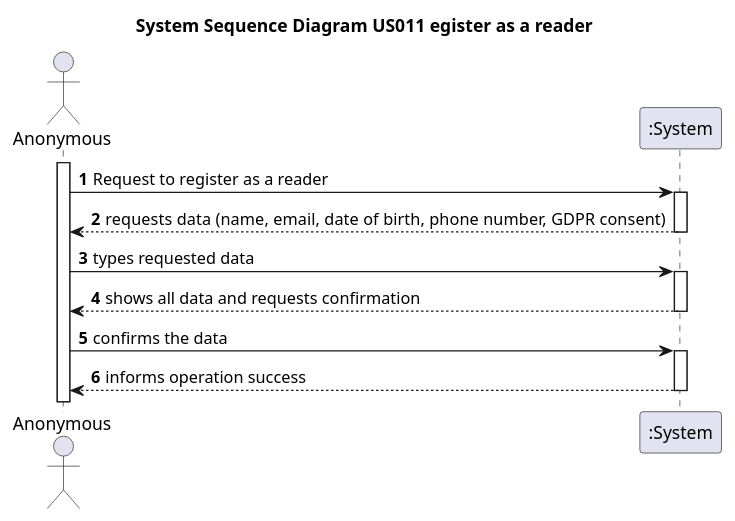
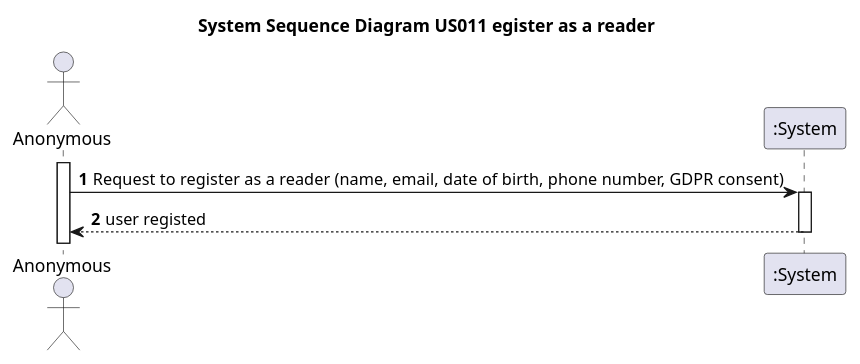
Before and after one commit to GODinho211/psoft-project-G2: the diagram in docs/Phase_1/WP_3A/US011/US011-SSD.puml, drawn with PlantUML. The commit also changed 4 other files, not shown here.

```diff
--- a/docs/Phase_1/WP_3A/US011/US011-SSD.puml
+++ b/docs/Phase_1/WP_3A/US011/US011-SSD.puml
@@ -1,22 +1,17 @@
 @startuml
 'https://plantuml.com/sequence-diagram
 
 title System Sequence Diagram US011 egister as a reader
 
 autoactivate on
 autonumber
 
 actor " Anonymous" as Administrator
 participant ":System" as System
 
 activate Administrator
 
-Administrator -> System:  Request to register as a reader
-System --> Administrator: requests data (name, email, date of birth, phone number, GDPR  consent)
+Administrator -> System:  Request to register as a reader (name, email, date of birth, phone number, GDPR  consent)
+System --> Administrator: user registed
 
-Administrator -> System: types requested data
-System --> Administrator: shows all data and requests confirmation
-
-Administrator -> System: confirms the data
-System --> Administrator: informs operation success
 @enduml
```
